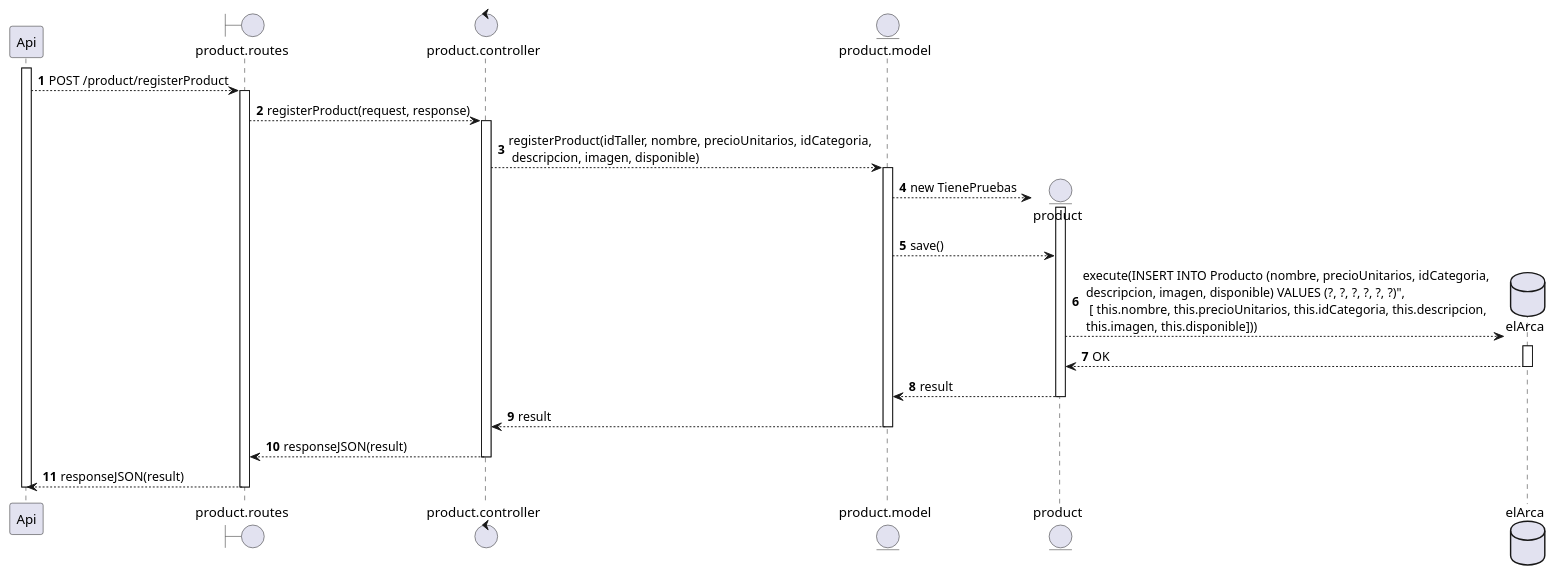
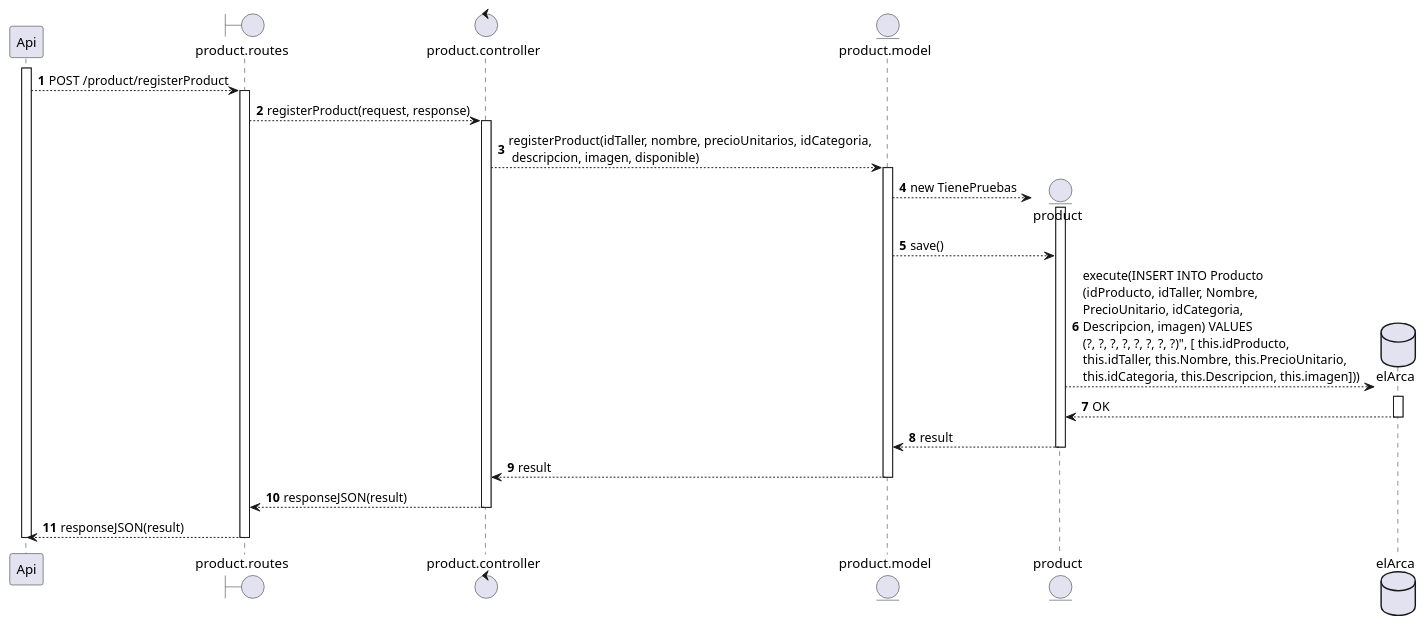
Before and after one commit to OlimpoHub/backend: the diagram in Diagrams/registerProduct.puml, drawn with PlantUML. The commit also changed 2 other files, not shown here.

Commit message:
[ADD] register product documentation

```diff
--- a/Diagrams/registerProduct.puml
+++ b/Diagrams/registerProduct.puml
@@ -1,47 +1,47 @@
 @startuml INV-001 registerProduct
 participant Api
 boundary product.routes 
 control product.controller
 entity product.model
 
 
 autonumber
 activate Api
 Api --> product.routes : POST /product/registerProduct
 
 activate product.routes
 product.routes --> product.controller :  registerProduct(request, response)
 
 activate product.controller
 product.controller --> product.model : registerProduct(idTaller, nombre, precioUnitarios, idCategoria,\n descripcion, imagen, disponible)
 
 create entity product
 
 activate product.model
 product.model --> product : new TienePruebas
 
 activate product
 product.model --> product : save()
 
 create database elArca
 
-product --> elArca : execute(INSERT INTO Producto (nombre, precioUnitarios, idCategoria,\n descripcion, imagen, disponible) VALUES (?, ?, ?, ?, ?, ?)",\n  [ this.nombre, this.precioUnitarios, this.idCategoria, this.descripcion,\n this.imagen, this.disponible]))
+product --> elArca : execute(INSERT INTO Producto \n(idProducto, idTaller, Nombre, \nPrecioUnitario, idCategoria, \nDescripcion, imagen) VALUES \n(?, ?, ?, ?, ?, ?, ?, ?)", [ this.idProducto, \nthis.idTaller, this.Nombre, this.PrecioUnitario, \nthis.idCategoria, this.Descripcion, this.imagen]))
 
 activate elArca
 elArca --> product : OK
 
 deactivate elArca
 product --> product.model : result
 deactivate product
 
 product.model --> product.controller : result
 deactivate product.model
 
 product.controller --> product.routes : responseJSON(result)
 deactivate product.controller
 
 product.routes --> Api : responseJSON(result)
 deactivate product.routes
 deactivate Api
 
 @enduml
```
